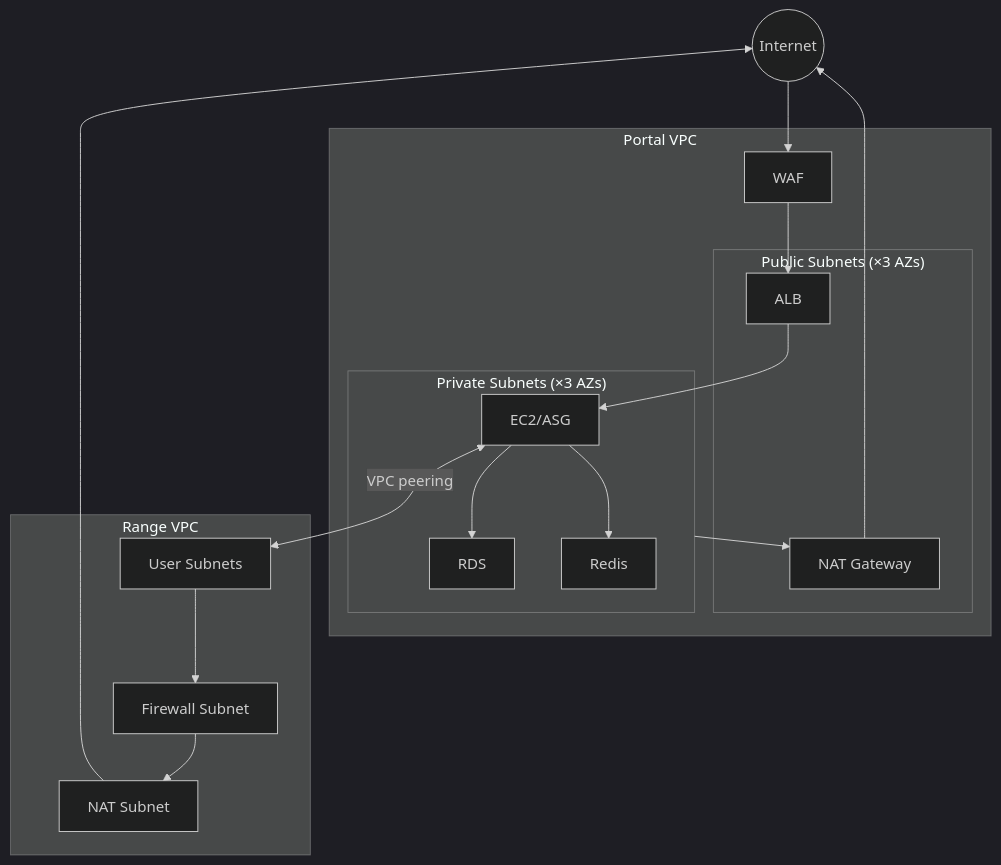
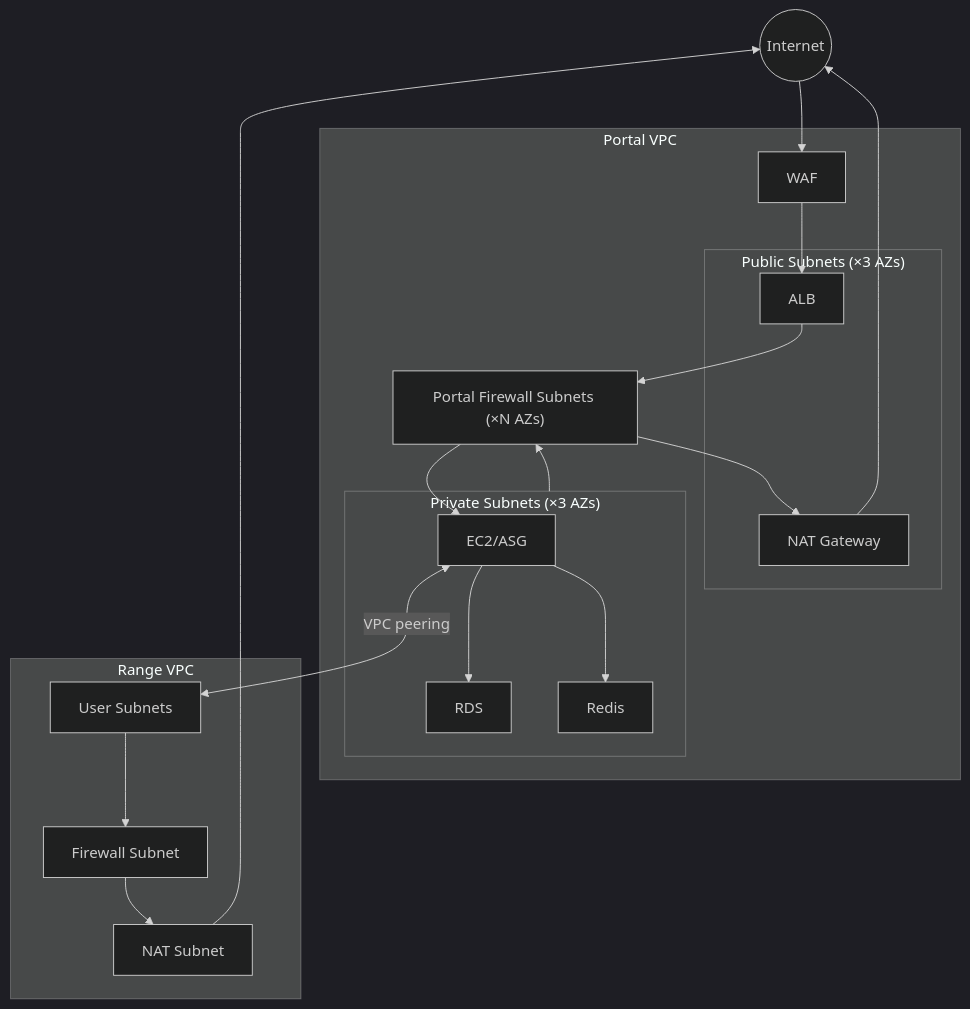
Before and after one commit to PaloAltoNetworks/shifter: the diagram in shifter/shifter_platform/documentation/docs/technical/platform_infrastructure/networking.md, drawn with Mermaid (dark theme). The commit also changed other lines of this file and 19 other files, not shown here.

````diff
--- a/shifter/shifter_platform/documentation/docs/technical/platform_infrastructure/networking.md
+++ b/shifter/shifter_platform/documentation/docs/technical/platform_infrastructure/networking.md
@@ -19,32 +19,33 @@
 ```mermaid
 graph TB
     Internet((Internet))
 
     subgraph PortalVPC["Portal VPC"]
         WAF["WAF"]
         subgraph PublicSubnets["Public Subnets (×3 AZs)"]
             ALB["ALB"]
             PortalNAT["NAT Gateway"]
         end
+        FirewallSubnetPortal["Portal Firewall Subnets (×N AZs)"]
         subgraph PrivateSubnets["Private Subnets (×3 AZs)"]
             EC2["EC2/ASG"]
             RDS["RDS"]
             Redis["Redis"]
         end
     end
 
     subgraph RangeVPC["Range VPC"]
         FirewallSubnet["Firewall Subnet"]
         NATSubnet["NAT Subnet"]
         UserSubnets["User Subnets"]
     end
 
     Internet --> WAF --> ALB
-    ALB --> EC2
+    ALB --> FirewallSubnetPortal --> EC2
     EC2 --> RDS
     EC2 --> Redis
-    PrivateSubnets --> PortalNAT --> Internet
+    PrivateSubnets --> FirewallSubnetPortal --> PortalNAT --> Internet
     EC2 <-->|VPC peering| UserSubnets
 
     UserSubnets --> FirewallSubnet --> NATSubnet --> Internet
 ```
````
